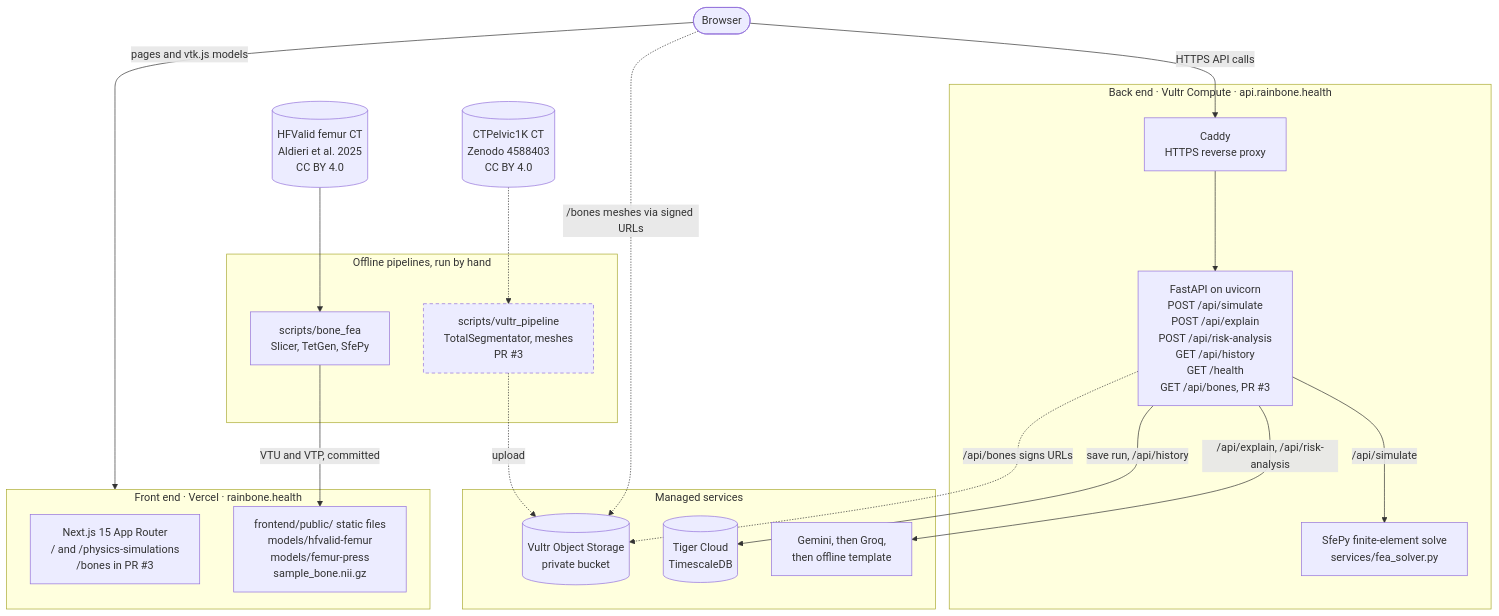
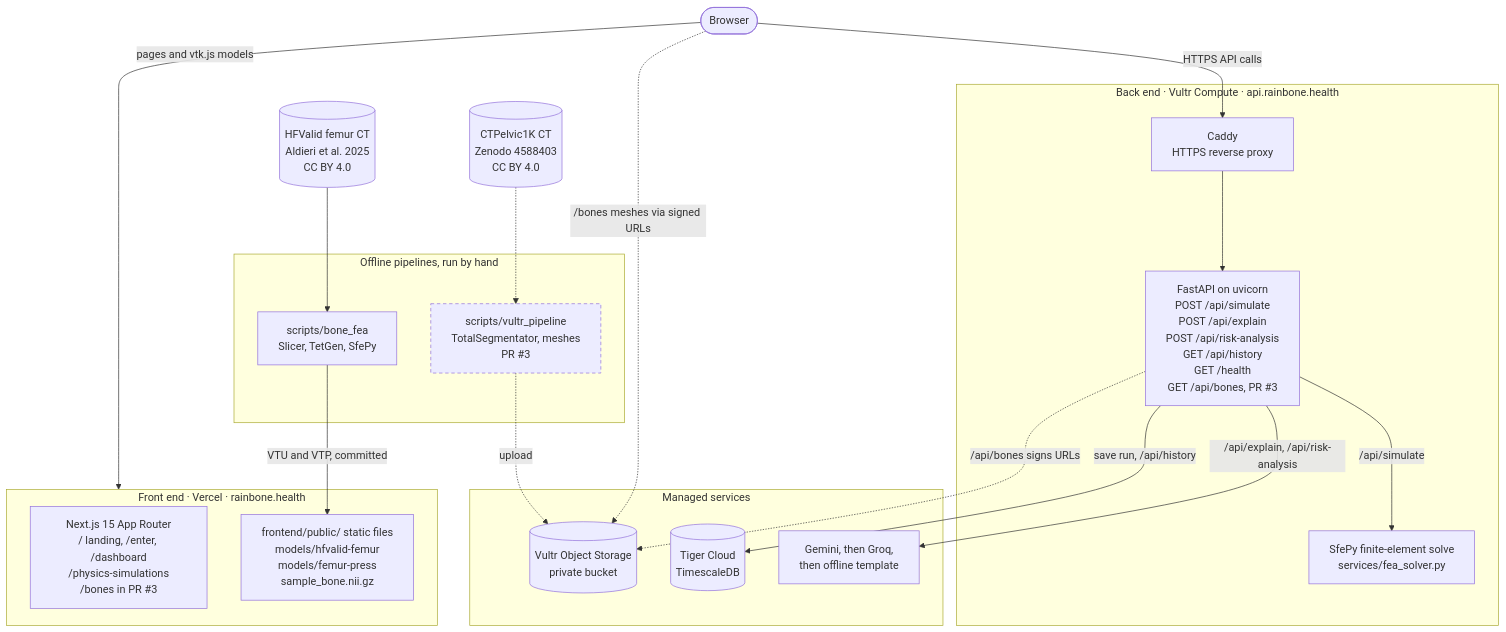
Before and after one commit to galitau/Rainbone_prod_hackthevalley11: the diagram in README.md, drawn with Mermaid. The commit also changed other lines of this file and 4 other files, not shown here.

````diff
--- a/README.md
+++ b/README.md
@@ -14,45 +14,45 @@
 ```mermaid
 flowchart TB
   user(["Browser"])
 
   subgraph VERCEL["Front end · Vercel · rainbone.health"]
-    next["Next.js 15 App Router<br/>/ and /physics-simulations<br/>/bones in PR #3"]
+    next["Next.js 15 App Router<br/>/ landing, /enter, /dashboard<br/>/physics-simulations<br/>/bones in PR #3"]
     static["frontend/public/ static files<br/>models/hfvalid-femur<br/>models/femur-press<br/>sample_bone.nii.gz"]
   end
 
   subgraph VULTR["Back end · Vultr Compute · api.rainbone.health"]
     caddy["Caddy<br/>HTTPS reverse proxy"]
     api["FastAPI on uvicorn<br/>POST /api/simulate<br/>POST /api/explain<br/>POST /api/risk-analysis<br/>GET /api/history<br/>GET /health<br/>GET /api/bones, PR #3"]
     fea["SfePy finite-element solve<br/>services/fea_solver.py"]
     caddy --> api
     api -->|"/api/simulate"| fea
   end
 
   subgraph CLOUD["Managed services"]
     llm["Gemini, then Groq,<br/>then offline template"]
     tiger[("Tiger Cloud<br/>TimescaleDB")]
     vos[("Vultr Object Storage<br/>private bucket")]
   end
 
   subgraph OFFLINE["Offline pipelines, run by hand"]
     bonefea["scripts/bone_fea<br/>Slicer, TetGen, SfePy"]
     vpipe["scripts/vultr_pipeline<br/>TotalSegmentator, meshes<br/>PR #3"]
   end
 
   hfvalid[("HFValid femur CT<br/>Aldieri et al. 2025<br/>CC BY 4.0")]
   ctp[("CTPelvic1K CT<br/>Zenodo 4588403<br/>CC BY 4.0")]
 
   user -->|"pages and vtk.js models"| VERCEL
   user -->|"HTTPS API calls"| caddy
   user -.->|"/bones meshes via signed URLs"| vos
   api -->|"/api/explain, /api/risk-analysis"| llm
   api -->|"save run, /api/history"| tiger
   api -.->|"/api/bones signs URLs"| vos
   hfvalid --> bonefea
   bonefea -->|"VTU and VTP, committed"| static
   ctp -.-> vpipe
   vpipe -.->|"upload"| vos
 
   classDef pr stroke-dasharray: 5 4
   class vpipe pr
 ```
````
